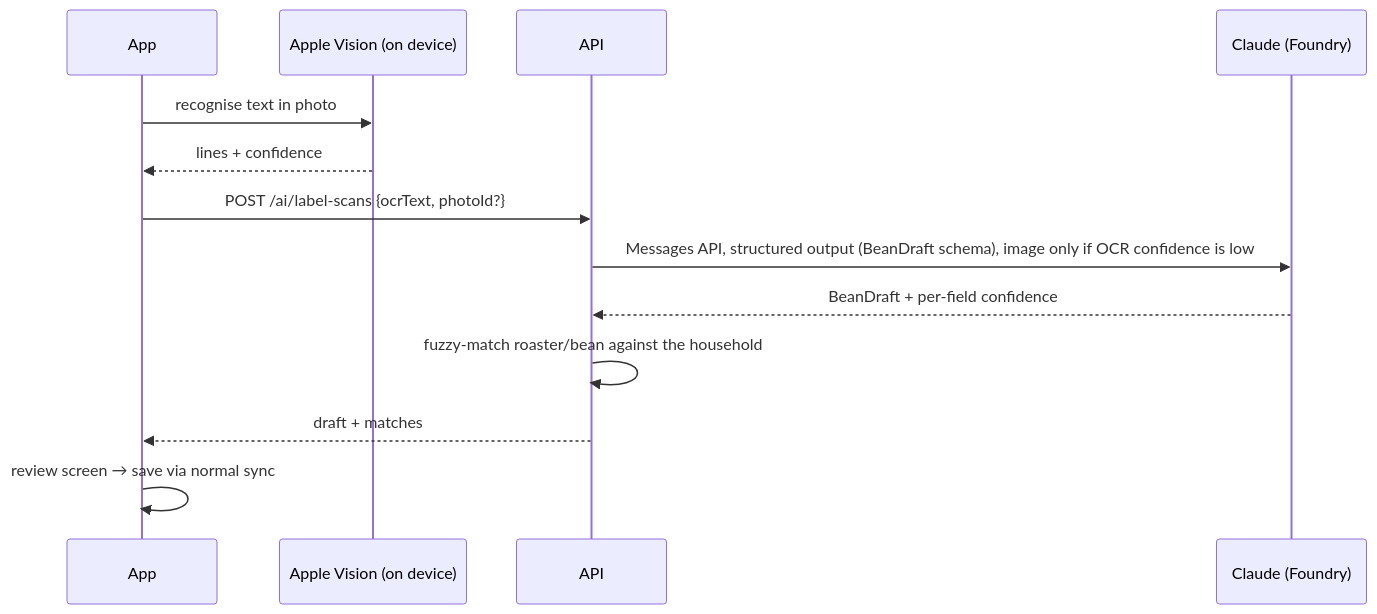
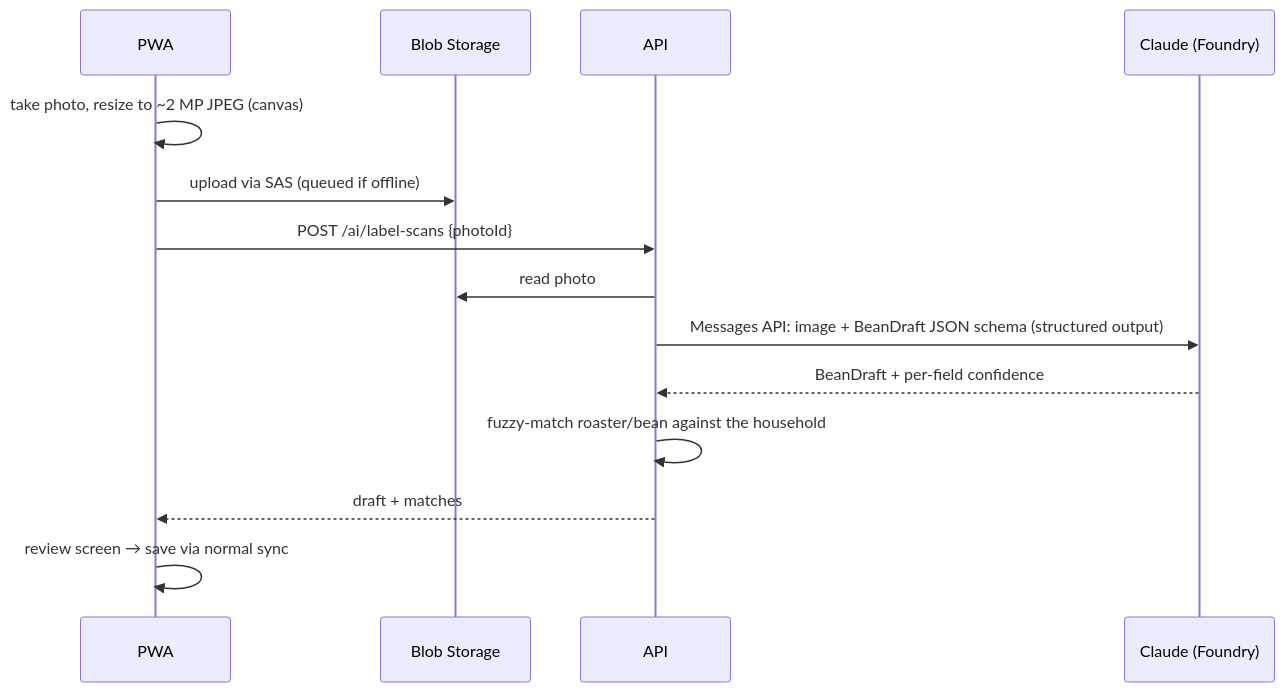
Before and after one commit to thopdev/Dialed: the fourth of 4 diagrams in docs/architecture.md, drawn with Mermaid. The commit also changed other lines of this file and 14 other files, not shown here.

````diff
--- a/docs/architecture.md
+++ b/docs/architecture.md
@@ -151,15 +172,16 @@
 ```mermaid
 sequenceDiagram
-  participant App
-  participant Vision as Apple Vision (on device)
+  participant App as PWA
+  participant Blob as Blob Storage
   participant API
   participant Claude as Claude (Foundry)
-  App->>Vision: recognise text in photo
-  Vision-->>App: lines + confidence
-  App->>API: POST /ai/label-scans {ocrText, photoId?}
-  API->>Claude: Messages API, structured output (BeanDraft schema), image only if OCR confidence is low
+  App->>App: take photo, resize to ~2 MP JPEG (canvas)
+  App->>Blob: upload via SAS (queued if offline)
+  App->>API: POST /ai/label-scans {photoId}
+  API->>Blob: read photo
+  API->>Claude: Messages API: image + BeanDraft JSON schema (structured output)
   Claude-->>API: BeanDraft + per-field confidence
   API->>API: fuzzy-match roaster/bean against the household
   API-->>App: draft + matches
   App->>App: review screen → save via normal sync
 ```
````
